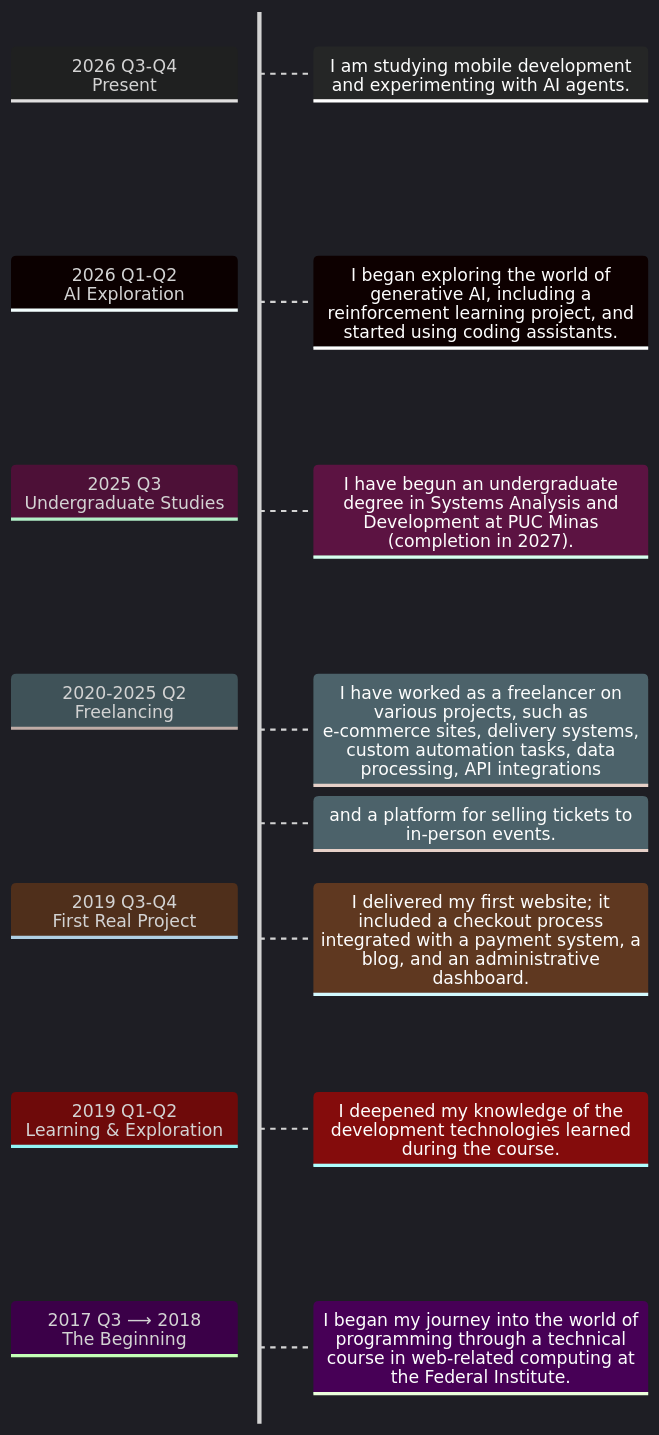
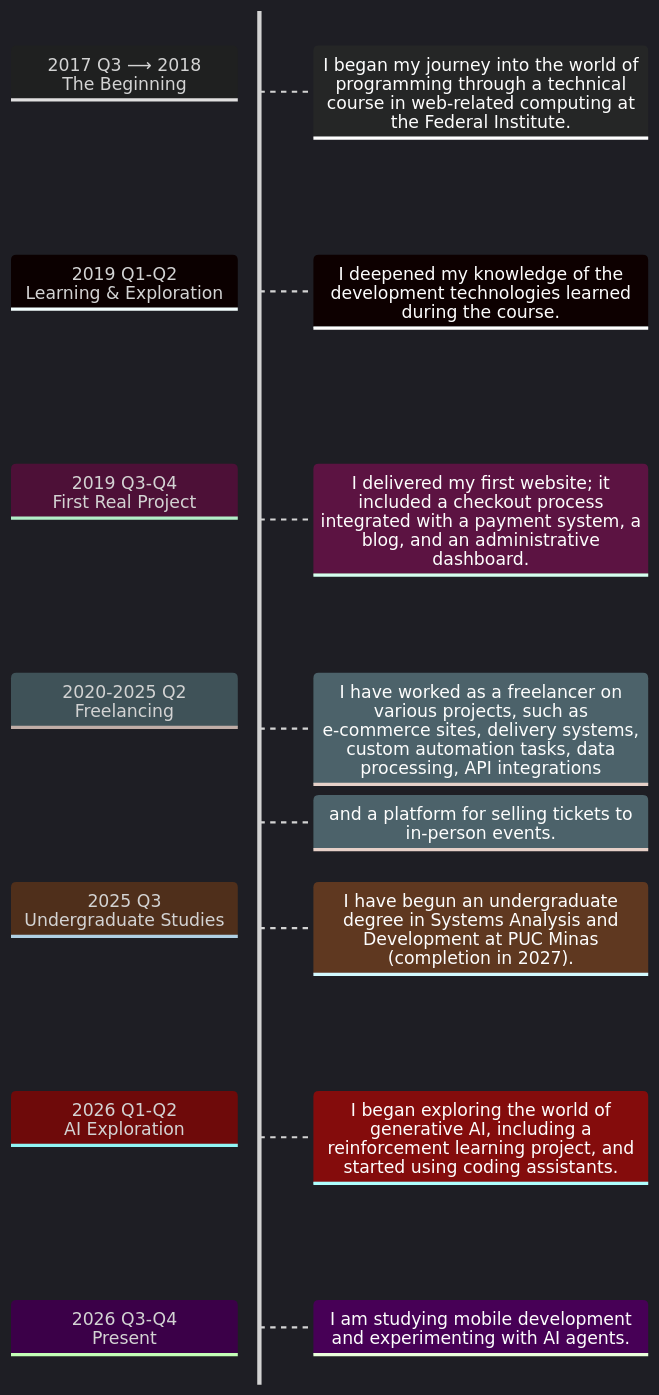
Before and after one commit to geovani-ra/geovani-ra: the diagram in README.md, drawn with Mermaid. The commit also changed other lines of this file, not shown here.

Commit message:
feat: restructure README.md for improved clarity and organization, update journey details, and enhance project section

````diff
--- a/README.md
+++ b/README.md
@@ -33,29 +48,29 @@
 ```mermaid
 ---
 config:
   theme: 'dark'
 ---
 timeline TD
 
-    2026 Q3-Q4 <br> Present
-        : I am studying mobile development and experimenting with AI agents.
+    2017 Q3 ⟶ 2018 <br> The Beginning
+        : I began my journey into the world of programming through a technical course in web-related computing at the Federal Institute.
 
-    2026 Q1-Q2 <br> AI Exploration
-        : I began exploring the world of generative AI, including a reinforcement learning project, and started using coding assistants.
+    2019 Q1-Q2 <br> Learning & Exploration
+        : I deepened my knowledge of the development technologies learned during the course.
 
-    2025 Q3 <br> Undergraduate Studies
-        : I have begun an undergraduate degree in Systems Analysis and Development at PUC Minas (completion in 2027).
+    2019 Q3-Q4 <br> First Real Project
+        : I delivered my first website; it included a checkout process integrated with a payment system, a blog, and an administrative dashboard.
 
     2020-2025 Q2 <br> Freelancing
         : I have worked as a freelancer on various projects, such as e-commerce sites, delivery systems, custom automation tasks, data processing, API integrations
         : and a platform for selling tickets to in-person events.
 
-    2019 Q3-Q4 <br> First Real Project
-        : I delivered my first website; it included a checkout process integrated with a payment system, a blog, and an administrative dashboard.
+    2025 Q3 <br> Undergraduate Studies
+        : I have begun an undergraduate degree in Systems Analysis and Development at PUC Minas (completion in 2027).
 
-    2019 Q1-Q2 <br> Learning & Exploration
-        : I deepened my knowledge of the development technologies learned during the course.
+    2026 Q1-Q2 <br> AI Exploration
+        : I began exploring the world of generative AI, including a reinforcement learning project, and started using coding assistants.
 
-    2017 Q3 ⟶ 2018 <br> The Beginning
-        : I began my journey into the world of programming through a technical course in web-related computing at the Federal Institute.
+    2026 Q3-Q4 <br> Present
+        : I am studying mobile development and experimenting with AI agents.
 ```
````
